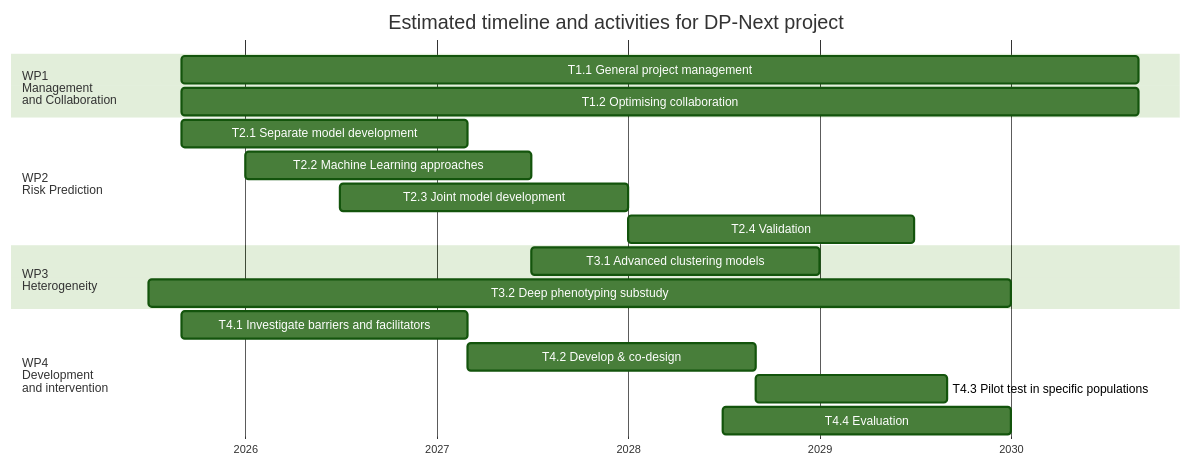
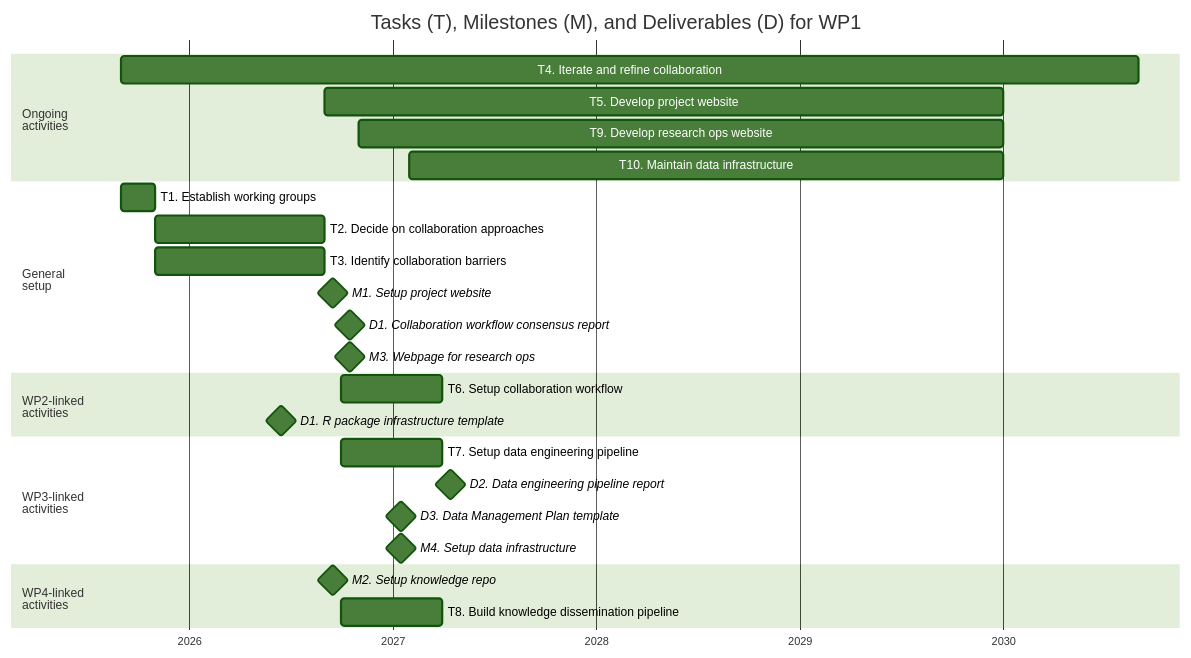
The diagram in images/gantt.mmd (dp-next/wp1-ros), drawn with Mermaid (forest theme) before and after one commit. The commit also changed other lines of this file and 2 other files, not shown here.

Commit message:
chore: :truck: rename the WP1 gantt to simply `gantt.mmd` (#34)
## Description

Keep things only relevant to WP1 and ROS in this repo, so removed the overall project's Gantt chart.

Closes #18

## Checklist

- [x] Formatted Markdown
- [x] Ran `just run-all`

```diff
--- a/images/gantt.mmd
+++ b/images/gantt.mmd
@@ -1,33 +1,41 @@
 %%{init: {
   'gantt': {
     'barHeight': 25,
-    'leftPadding': 125
+    'leftPadding': 100
   }
 }}%%
 gantt
-  title Estimated timeline and activities for DP-Next project
+  title Tasks (T), Milestones (M), and Deliverables (D) for WP1
   dateFormat  YYYY-MM-DD
   axisFormat %Y
   tickInterval 1year
   todayMarker off
   %% (`excludes` accepts specific dates in YYYY-MM-DD format, days of the week ("sunday") or "weekends", but not the word "weekdays".)
 
-  section WP1<br>Management<br>and Collaboration
-  T1.1 General project management: t1_1, 2025-09-01, 5y
-  T1.2 Optimising collaboration: t1_2, 2025-09-01, 5y
+  section Ongoing<br>activities
+  T4. Iterate and refine collaboration: imp_collab, 2025-09-01, 5y
+  T5. Develop project website: imp_proj_web, after collab_agree, 2030-01-01
+  T9. Develop research ops website: imp_reops_web, after consensus, 2030-01-01
+  T10. Maintain data infrastructure: imp_seedcase, after seedcase, 2030-01-01
 
-  section WP2<br>Risk Prediction
-  T2.1 Separate model development: t2_1, 2025-09-01, 18M
-  T2.2 Machine Learning approaches: t2_2, 2026-01-01, 18M
-  T2.3 Joint model development: t2_3, 2026-07-01, 18M
-  T2.4 Validation: t2_4, 2028-01-01, 18M
+  section General<br>setup
+  T1. Establish working groups: wg, 2025-09-01, 2M
+  T2.  Decide on collaboration approaches: collab_agree, after wg, 10M
+  T3. Identify collaboration barriers: barriers, after wg, 10M
+  M1. Setup project website: milestone, web_proj, after barriers, 1M
+  D1. Collaboration workflow consensus report: milestone, consensus, after web_proj, 1M
+  M3. Webpage for research ops: milestone, web_reops, after web_proj, 1M
 
-  section WP3<br>Heterogeneity
-  T3.1 Advanced clustering models: t3_1, 2027-07-01, 18M
-  T3.2 Deep phenotyping substudy: t3_2, 2025-07-01, 54M
+  section WP2-linked<br>activities
+  T6. Setup collaboration workflow: collab_wp2, after web_proj, 6M
+  D1. R package infrastructure template: milestone, template_rpkg, 2026-06-01, 1M
 
-  section WP4<br>Development<br>and intervention
-  T4.1 Investigate barriers and facilitators: t4_1, 2025-09-01, 18M
-  T4.2 Develop & co-design: t4_2, after t4_1, 18M
-  T4.3 Pilot test in specific populations: t4_3, after t4_2, 1y
-  T4.4 Evaluation: t4_4, 2028-07-01, 18M
+  section WP3-linked<br>activities
+  T7. Setup data engineering pipeline: de_wp3, after web_proj, 6M
+  D2. Data engineering pipeline report: milestone, der_wp3, after de_wp3, 1M
+  D3. Data Management Plan template: milestone, template_dmp, 2027-01-01, 1M
+  M4. Setup data infrastructure: milestone, seedcase, 2027-01-01, 1M
+
+  section WP4-linked<br>activities
+  M2. Setup knowledge repo: milestone, kr_wp4, after collab_agree, 1M
+  T8. Build knowledge dissemination pipeline: kmp_wp4, after kr_wp4, 6M
```
